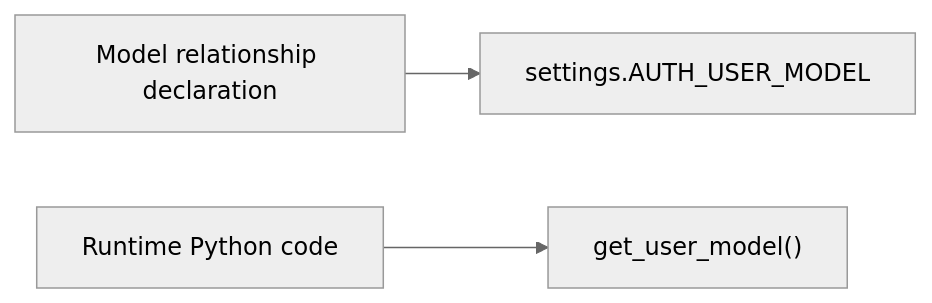
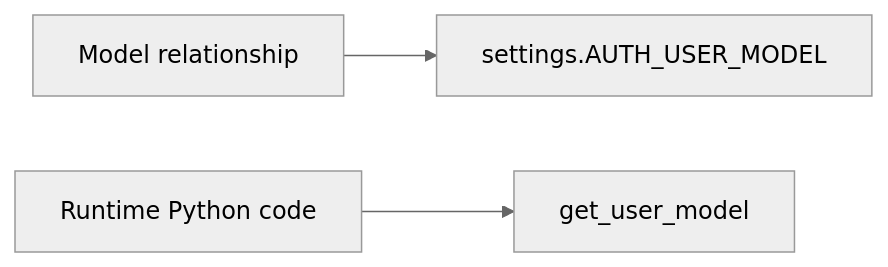
One commit to AvadhBhalodiya/Interview-Preparation changed the fourth of 4 diagrams in src/content/django/custom-user-model.md. Above: the diagram before and after it, drawn with Mermaid (neutral theme). The commit also changed other lines of this file and 80 other files, not shown here.

````diff
--- a/src/content/django/custom-user-model.md
+++ b/src/content/django/custom-user-model.md
@@ -655,5 +348,5 @@
 ```mermaid
 flowchart LR
-    A[Model relationship declaration] --> B["settings.AUTH_USER_MODEL"]
-    C[Runtime Python code] --> D["get_user_model()"]
+    A[Model relationship] --> B[settings.AUTH_USER_MODEL]
+    C[Runtime Python code] --> D[get_user_model]
 ```
````
